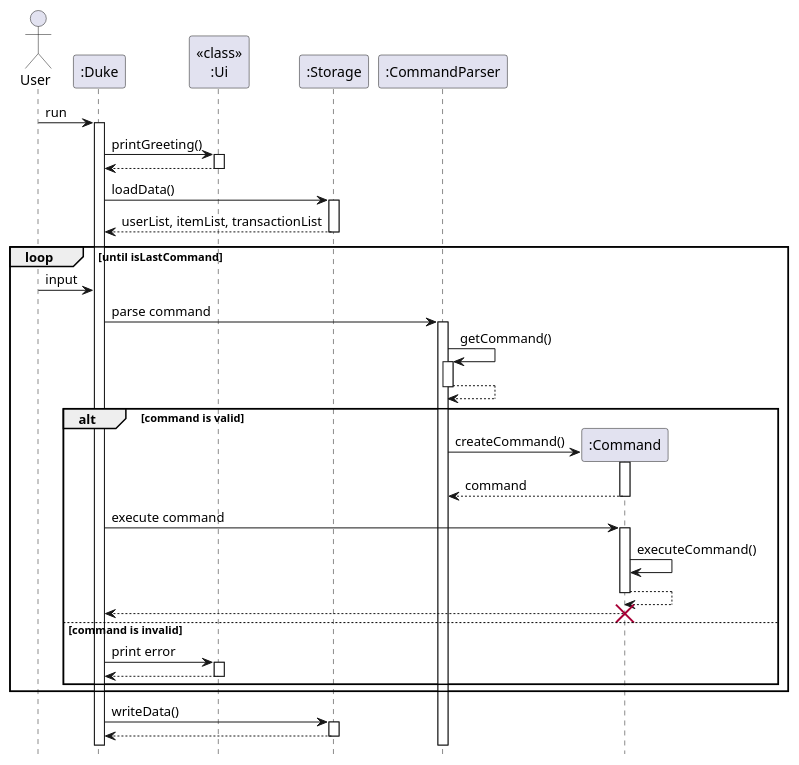
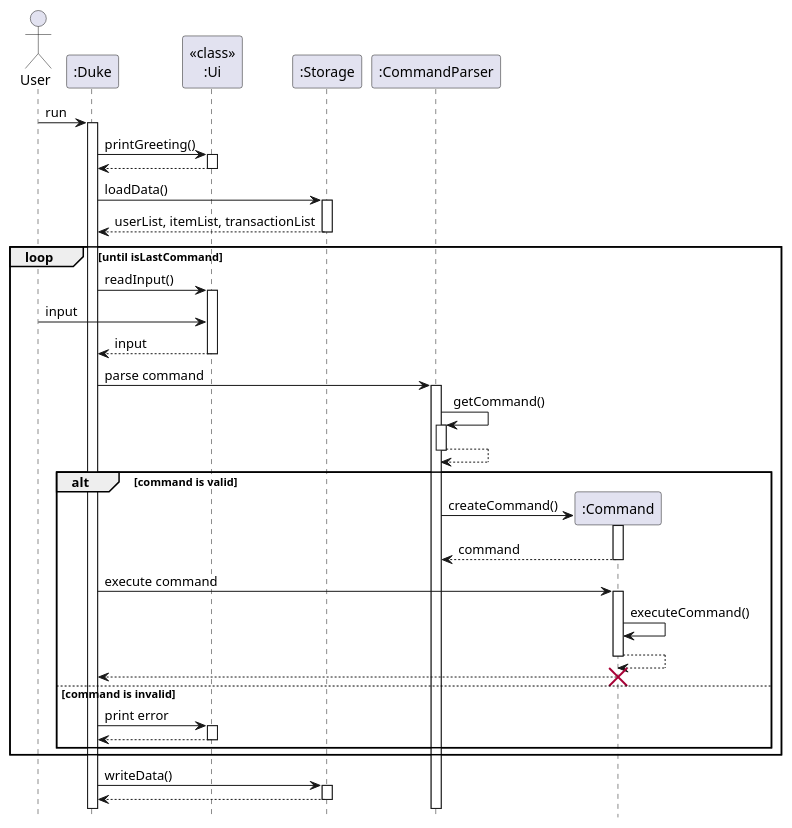
Before and after one commit to nus-cs2113-AY2223S1/tp: the diagram in docs/diagrams/duke/DukeSequence.puml, drawn with PlantUML. The commit also changed 22 other files, not shown here.

```diff
--- a/docs/diagrams/duke/DukeSequence.puml
+++ b/docs/diagrams/duke/DukeSequence.puml
@@ -1,49 +1,52 @@
 @startuml
 hide footbox
 
 Actor User
 User -> ":Duke" : run
 activate ":Duke"
 ":Duke" -> "<<class>>\n:Ui" : printGreeting()
 activate "<<class>>\n:Ui"
 "<<class>>\n:Ui" --> ":Duke"
 deactivate "<<class>>\n:Ui"
 ":Duke" -> ":Storage" : loadData()
 activate ":Storage"
 return userList, itemList, transactionList
 loop until isLastCommand
-    User -> ":Duke" : input
+    ":Duke" -> "<<class>>\n:Ui": readInput()
+    activate "<<class>>\n:Ui"
+    User -> "<<class>>\n:Ui" : input
+    return input
     ":Duke" -> ":CommandParser" : parse command
     activate ":CommandParser"
     ":CommandParser" -> ":CommandParser" : getCommand()
     activate ":CommandParser"
     ":CommandParser" --> ":CommandParser"
     deactivate ":CommandParser"
 
     alt command is valid
         create ":Command"
         ":CommandParser" -> ":Command": createCommand()
         activate ":Command"
         return command
         ":Duke" -> ":Command" : execute command
         activate ":Command"
         ":Command" -> ":Command" : executeCommand()
         ":Command" --> ":Command"
         deactivate ":Command"
         ":Command" --> ":Duke"
         deactivate ":Command"
         destroy ":Command"
 
     else command is invalid
         ":Duke" -> "<<class>>\n:Ui" : print error
         activate "<<class>>\n:Ui"
         "<<class>>\n:Ui" --> ":Duke"
         deactivate "<<class>>\n:Ui"
     end
 end
 
 ":Duke" -> ":Storage" : writeData()
 activate ":Storage"
 return
 
 @enduml
```
